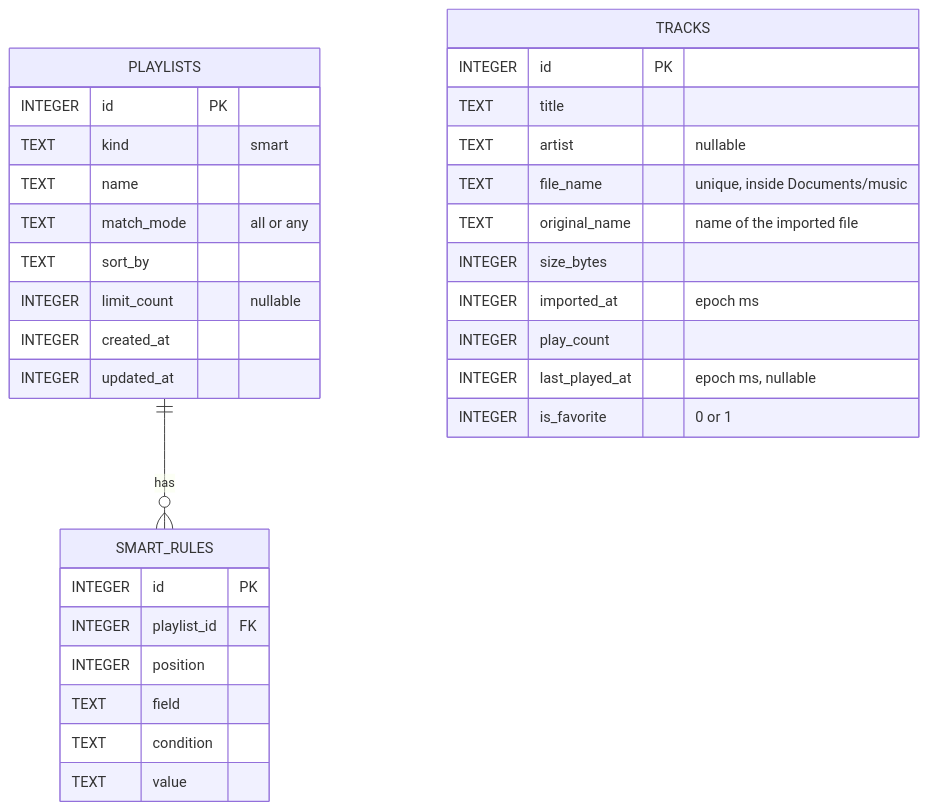
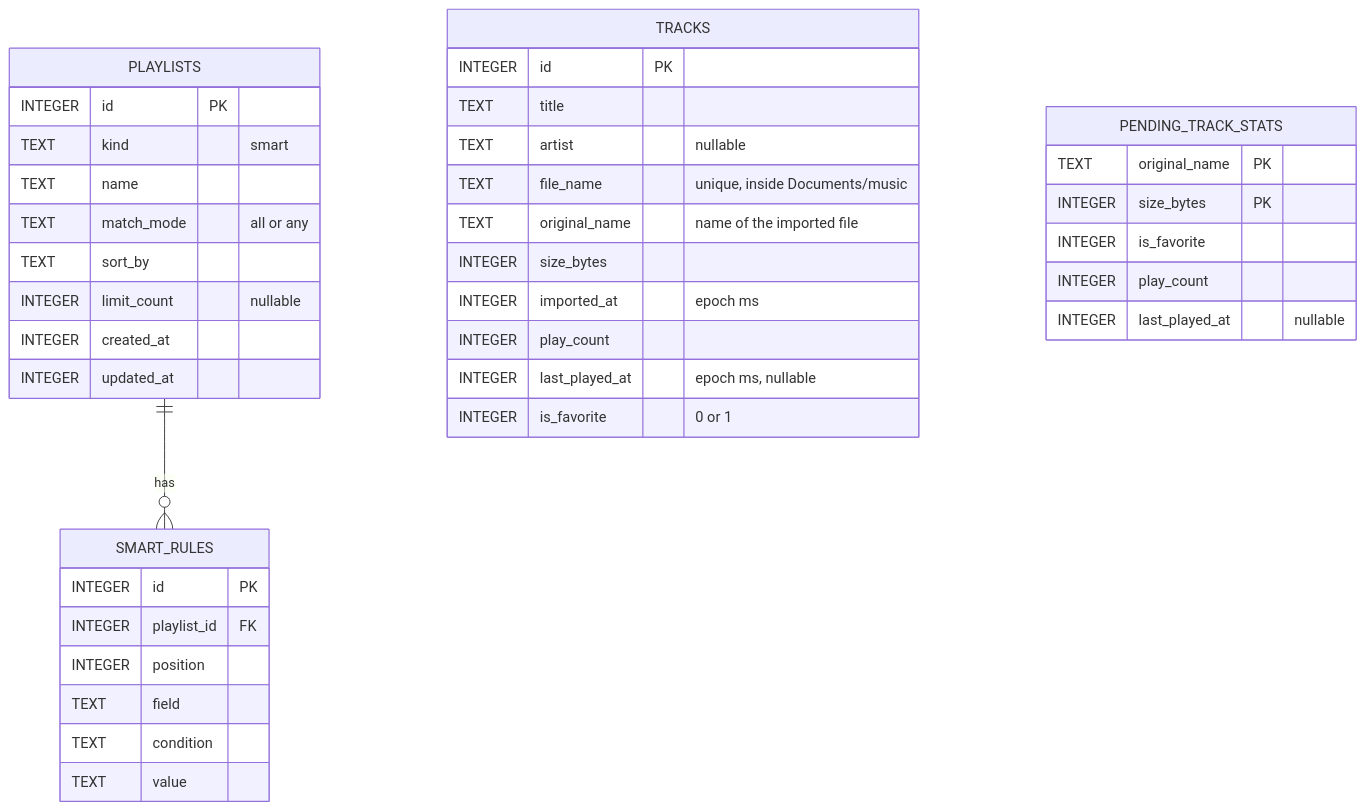
Before and after one commit to sabrinasalomon/CoryMusic: the diagram in docs/DATA_MODEL.md, drawn with Mermaid. The commit also changed other lines of this file and 22 other files, not shown here.

````diff
--- a/docs/DATA_MODEL.md
+++ b/docs/DATA_MODEL.md
@@ -14,35 +15,42 @@
 ```mermaid
 erDiagram
     PLAYLISTS ||--o{ SMART_RULES : "has"
 
     TRACKS {
         INTEGER id PK
         TEXT title
         TEXT artist "nullable"
         TEXT file_name "unique, inside Documents/music"
         TEXT original_name "name of the imported file"
         INTEGER size_bytes
         INTEGER imported_at "epoch ms"
         INTEGER play_count
         INTEGER last_played_at "epoch ms, nullable"
         INTEGER is_favorite "0 or 1"
     }
     PLAYLISTS {
         INTEGER id PK
         TEXT kind "smart"
         TEXT name
         TEXT match_mode "all or any"
         TEXT sort_by
         INTEGER limit_count "nullable"
         INTEGER created_at
         INTEGER updated_at
     }
     SMART_RULES {
         INTEGER id PK
         INTEGER playlist_id FK
         INTEGER position
         TEXT field
         TEXT condition
         TEXT value
     }
+    PENDING_TRACK_STATS {
+        TEXT original_name PK
+        INTEGER size_bytes PK
+        INTEGER is_favorite
+        INTEGER play_count
+        INTEGER last_played_at "nullable"
+    }
 ```
````
